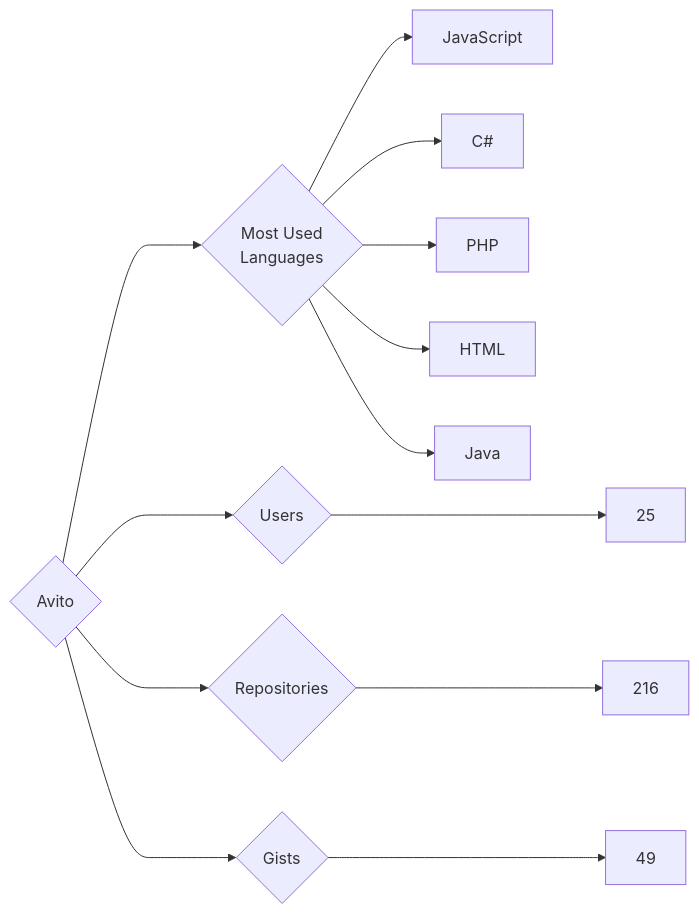
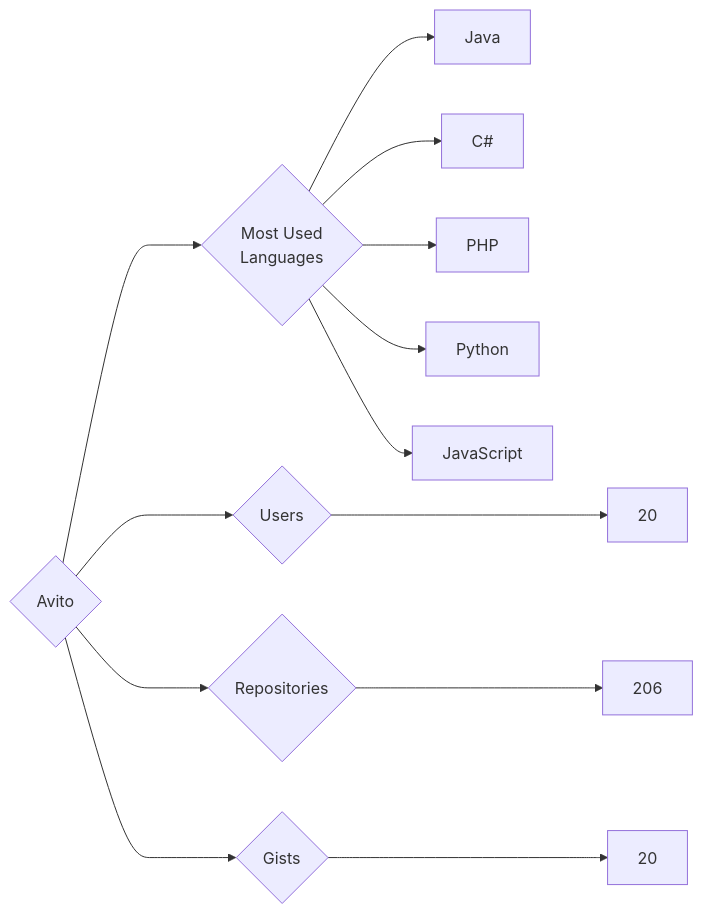
One commit to trickest/insiders changed the diagram in targets/Avito/README.md. Above: the diagram before and after it, drawn with Mermaid. The commit also changed 1084 other files, not shown here.

````diff
--- a/targets/Avito/README.md
+++ b/targets/Avito/README.md
@@ -3,13 +3,13 @@
 ```mermaid
 graph LR
 COMPANY_NAME{Avito}
-COMPANY_NAME ---> U{Users} ---> UN[25]
-COMPANY_NAME ---> R{Repositories} ---> RN[216]
-COMPANY_NAME ---> G{Gists} ---> GN[49]
+COMPANY_NAME ---> U{Users} ---> UN[20]
+COMPANY_NAME ---> R{Repositories} ---> RN[206]
+COMPANY_NAME ---> G{Gists} ---> GN[20]
 COMPANY_NAME ---> ML{Most Used<br>Languages}
-ML --> JavaScript[JavaScript]
+ML --> Java[Java]
 ML --> C#[C#]
 ML --> PHP[PHP]
-ML --> HTML[HTML]
-ML --> Java[Java]
+ML --> Python[Python]
+ML --> JavaScript[JavaScript]
 ```
````
